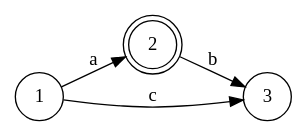
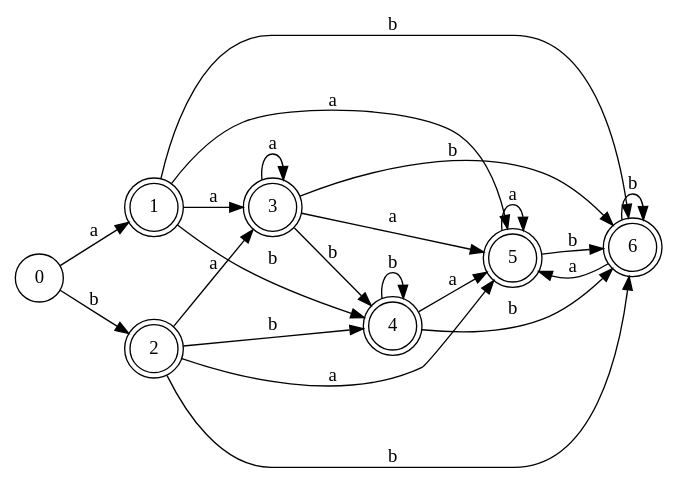
One commit to titusse3/glushkov-automata changed the diagram in dot.dot. Above: the diagram before and after it, drawn with Graphviz. The commit also changed 4 other files, not shown here.

```diff
--- a/dot.dot
+++ b/dot.dot
@@ -1,9 +1,31 @@
 digraph {
     graph [rankdir=LR];
-    1 [shape=circle];
+    0 [shape=circle];
+    1 [shape=doublecircle];
     2 [shape=doublecircle];
-    3 [shape=circle];
-    1 -> 2 [label=a];
-    1 -> 3 [label=c];
-    2 -> 3 [label=b];
+    3 [shape=doublecircle];
+    4 [shape=doublecircle];
+    5 [shape=doublecircle];
+    6 [shape=doublecircle];
+    0 -> 1 [label=a];
+    0 -> 2 [label=b];
+    1 -> 3 [label=a];
+    1 -> 4 [label=b];
+    1 -> 5 [label=a];
+    1 -> 6 [label=b];
+    2 -> 3 [label=a];
+    2 -> 4 [label=b];
+    2 -> 5 [label=a];
+    2 -> 6 [label=b];
+    3 -> 3 [label=a];
+    3 -> 4 [label=b];
+    3 -> 5 [label=a];
+    3 -> 6 [label=b];
+    4 -> 4 [label=b];
+    4 -> 5 [label=a];
+    4 -> 6 [label=b];
+    5 -> 5 [label=a];
+    5 -> 6 [label=b];
+    6 -> 5 [label=a];
+    6 -> 6 [label=b];
 }
```
